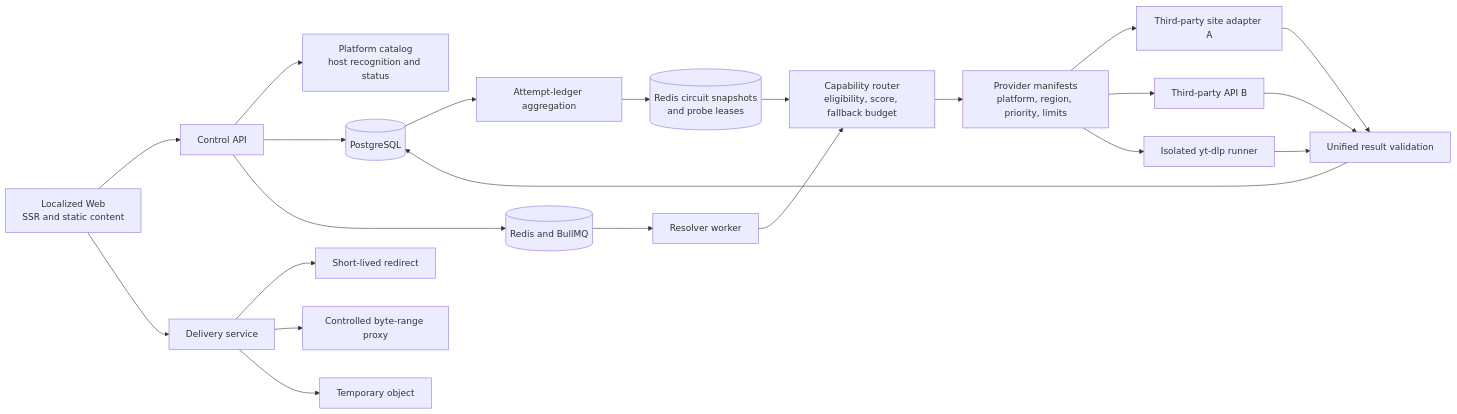
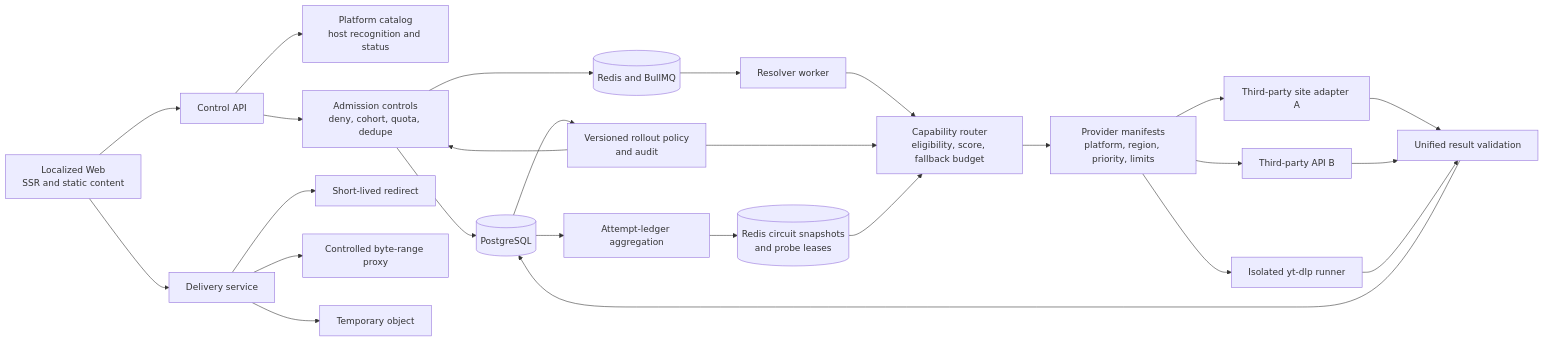
Before and after one commit to wepuu/tikdd: the diagram in docs/architecture/README.md, drawn with Mermaid. The commit also changed other lines of this file and 4 other files, not shown here.

Commit message:
docs: define production admission controls

````diff
--- a/docs/architecture/README.md
+++ b/docs/architecture/README.md
@@ -10,27 +10,31 @@
 ```mermaid
 flowchart LR
     Web["Localized Web<br/>SSR and static content"] --> API["Control API"]
     API --> Catalog["Platform catalog<br/>host recognition and status"]
-    API --> DB[(PostgreSQL)]
-    API --> Queue[(Redis and BullMQ)]
+    API --> Admission["Admission controls<br/>deny, cohort, quota, dedupe"]
+    Admission --> DB[(PostgreSQL)]
+    Admission --> Queue[(Redis and BullMQ)]
+    DB --> Rollout["Versioned rollout policy<br/>and audit"]
+    Rollout --> Admission
 
     Queue --> Worker["Resolver worker"]
     Worker --> Router["Capability router<br/>eligibility, score, fallback budget"]
+    Rollout --> Router
     Router --> Registry["Provider manifests<br/>platform, region, priority, limits"]
     Registry --> AdapterA["Third-party site adapter A"]
     Registry --> AdapterB["Third-party API B"]
     Registry --> YtDlp["Isolated yt-dlp runner"]
     AdapterA --> Normalize["Unified result validation"]
     AdapterB --> Normalize
     YtDlp --> Normalize
     Normalize --> DB
 
     DB --> Health["Attempt-ledger aggregation"]
     Health --> Circuit[("Redis circuit snapshots<br/>and probe leases")]
     Circuit --> Router
 
     Web --> Delivery["Delivery service"]
     Delivery --> Redirect["Short-lived redirect"]
     Delivery --> Proxy["Controlled byte-range proxy"]
     Delivery --> Object["Temporary object"]
 ```
````
